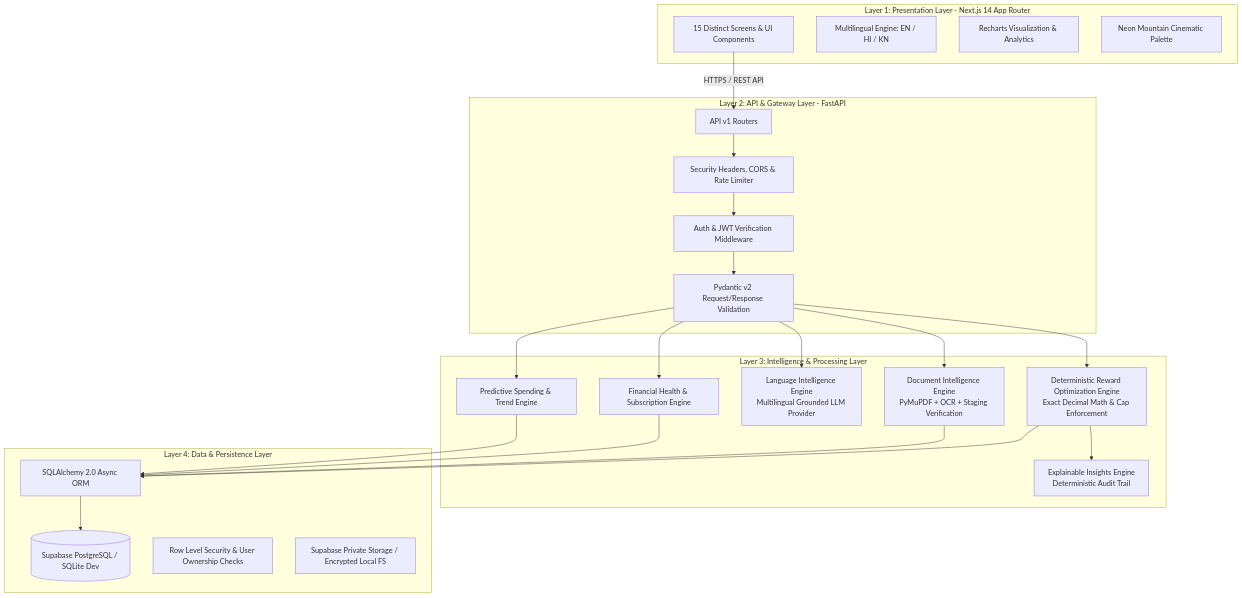
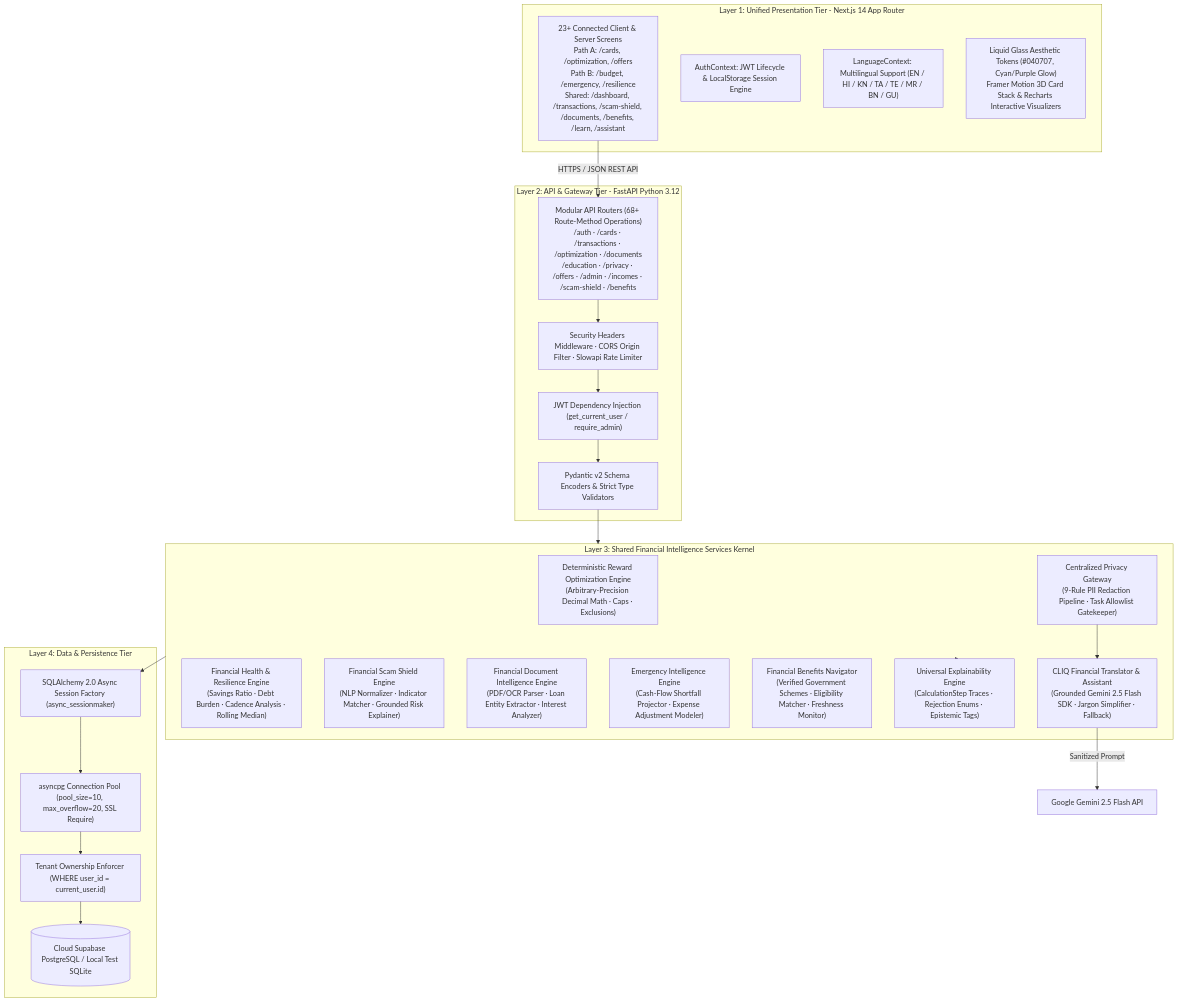
One commit to Rahul2006MILLION/AI-Driven-Financial-Insights-and-Credit-Card-Reward-Optimization-Platform changed the first of 6 diagrams in docs/SYSTEM_ARCHITECTURE.md. Above: the diagram before and after it, drawn with Mermaid. The commit also changed other lines of this file and 143 other files, not shown here.

First line of the commit message:
feat(inclusion): complete No-Credit-Card mode, financial inclusion suite, and Claude handover (v0.4.0)

````diff
--- a/docs/SYSTEM_ARCHITECTURE.md
+++ b/docs/SYSTEM_ARCHITECTURE.md
@@ -5,42 +14,43 @@
 ```mermaid
 flowchart TD
-    subgraph Layer1 [Layer 1: Presentation Layer - Next.js 14 App Router]
-        UI[15 Distinct Screens & UI Components]
-        I18N[Multilingual Engine: EN / HI / KN]
-        Charts[Recharts Visualization & Analytics]
-        Theme[Neon Mountain Cinematic Palette]
+    subgraph PresentationTier [Layer 1: Unified Presentation Tier - Next.js 14 App Router]
+        ClientApp["23+ Connected Client & Server Screens\nPath A: /cards, /optimization, /offers\nPath B: /budget, /emergency, /resilience\nShared: /dashboard, /transactions, /scam-shield, /documents, /benefits, /learn, /assistant"]
+        AuthContext["AuthContext: JWT Lifecycle & LocalStorage Session Engine"]
+        LangContext["LanguageContext: Multilingual Support (EN / HI / KN / TA / TE / MR / BN / GU)"]
+        UIElements["Liquid Glass Aesthetic Tokens (#040707, Cyan/Purple Glow)\nFramer Motion 3D Card Stack & Recharts Interactive Visualizers"]
     end
 
-    subgraph Layer2 [Layer 2: API & Gateway Layer - FastAPI]
-        Router[API v1 Routers]
-        AuthMid[Auth & JWT Verification Middleware]
-        SecMid[Security Headers, CORS & Rate Limiter]
-        Val[Pydantic v2 Request/Response Validation]
+    subgraph APITier [Layer 2: API & Gateway Tier - FastAPI Python 3.12]
+        APIRouters["Modular API Routers (68+ Route-Method Operations)\n/auth · /cards · /transactions · /optimization · /documents\n/education · /privacy · /offers · /admin · /incomes · /scam-shield · /benefits"]
+        SecurityMW["Security Headers Middleware · CORS Origin Filter · Slowapi Rate Limiter"]
+        AuthGuard["JWT Dependency Injection (get_current_user / require_admin)"]
+        Validation["Pydantic v2 Schema Encoders & Strict Type Validators"]
     end
 
-    subgraph Layer3 [Layer 3: Intelligence & Processing Layer]
-        OptEngine[Deterministic Reward Optimization Engine\nExact Decimal Math & Cap Enforcement]
-        DocEngine[Document Intelligence Engine\nPyMuPDF + OCR + Staging Verification]
-        LangEngine[Language Intelligence Engine\nMultilingual Grounded LLM Provider]
-        HealthEngine[Financial Health & Subscription Engine]
-        PredEngine[Predictive Spending & Trend Engine]
-        ExpEngine[Explainable Insights Engine\nDeterministic Audit Trail]
+    subgraph SharedServicesTier [Layer 3: Shared Financial Intelligence Services Kernel]
+        RewardEng["Deterministic Reward Optimization Engine\n(Arbitrary-Precision Decimal Math · Caps · Exclusions)"]
+        HealthEng["Financial Health & Resilience Engine\n(Savings Ratio · Debt Burden · Cadence Analysis · Rolling Median)"]
+        ScamShield["Financial Scam Shield Engine\n(NLP Normalizer · Indicator Matcher · Grounded Risk Explainer)"]
+        DocIntel["Financial Document Intelligence Engine\n(PDF/OCR Parser · Loan Entity Extractor · Interest Analyzer)"]
+        EmergIntel["Emergency Intelligence Engine\n(Cash-Flow Shortfall Projector · Expense Adjustment Modeler)"]
+        BenefitsNav["Financial Benefits Navigator\n(Verified Government Schemes · Eligibility Matcher · Freshness Monitor)"]
+        PrivacyGW["Centralized Privacy Gateway\n(9-Rule PII Redaction Pipeline · Task Allowlist Gatekeeper)"]
+        AssistantEng["CLIQ Financial Translator & Assistant\n(Grounded Gemini 2.5 Flash SDK · Jargon Simplifier · Fallback)"]
+        ExplainEng["Universal Explainability Engine\n(CalculationStep Traces · Rejection Enums · Epistemic Tags)"]
     end
 
-    subgraph Layer4 [Layer 4: Data & Persistence Layer]
-        SQLA[SQLAlchemy 2.0 Async ORM]
-        DB[(Supabase PostgreSQL / SQLite Dev)]
-        RLS[Row Level Security & User Ownership Checks]
-        Storage[Supabase Private Storage / Encrypted Local FS]
+    subgraph DataTier [Layer 4: Data & Persistence Tier]
+        SQLA["SQLAlchemy 2.0 Async Session Factory (async_sessionmaker)"]
+        PoolMgr["asyncpg Connection Pool (pool_size=10, max_overflow=20, SSL Require)"]
+        DB[(Cloud Supabase PostgreSQL / Local Test SQLite)]
+        RLS["Tenant Ownership Enforcer (WHERE user_id = current_user.id)"]
     end
 
-    UI -->|HTTPS / REST API| Router
-    Router --> SecMid --> AuthMid --> Val
-    Val --> OptEngine & DocEngine & LangEngine & HealthEngine & PredEngine
-    OptEngine --> ExpEngine
-    DocEngine --> SQLA
-    OptEngine --> SQLA
-    HealthEngine --> SQLA
-    PredEngine --> SQLA
-    SQLA --> DB
+    ClientApp -->|HTTPS / JSON REST API| APIRouters
+    APIRouters --> SecurityMW --> AuthGuard --> Validation
+    Validation --> SharedServicesTier
+    PrivacyGW --> AssistantEng
+    AssistantEng -->|Sanitized Prompt| ExternalAI[Google Gemini 2.5 Flash API]
+    SharedServicesTier --> ExplainEng
+    SharedServicesTier --> SQLA --> PoolMgr --> RLS --> DB
 ```
````
